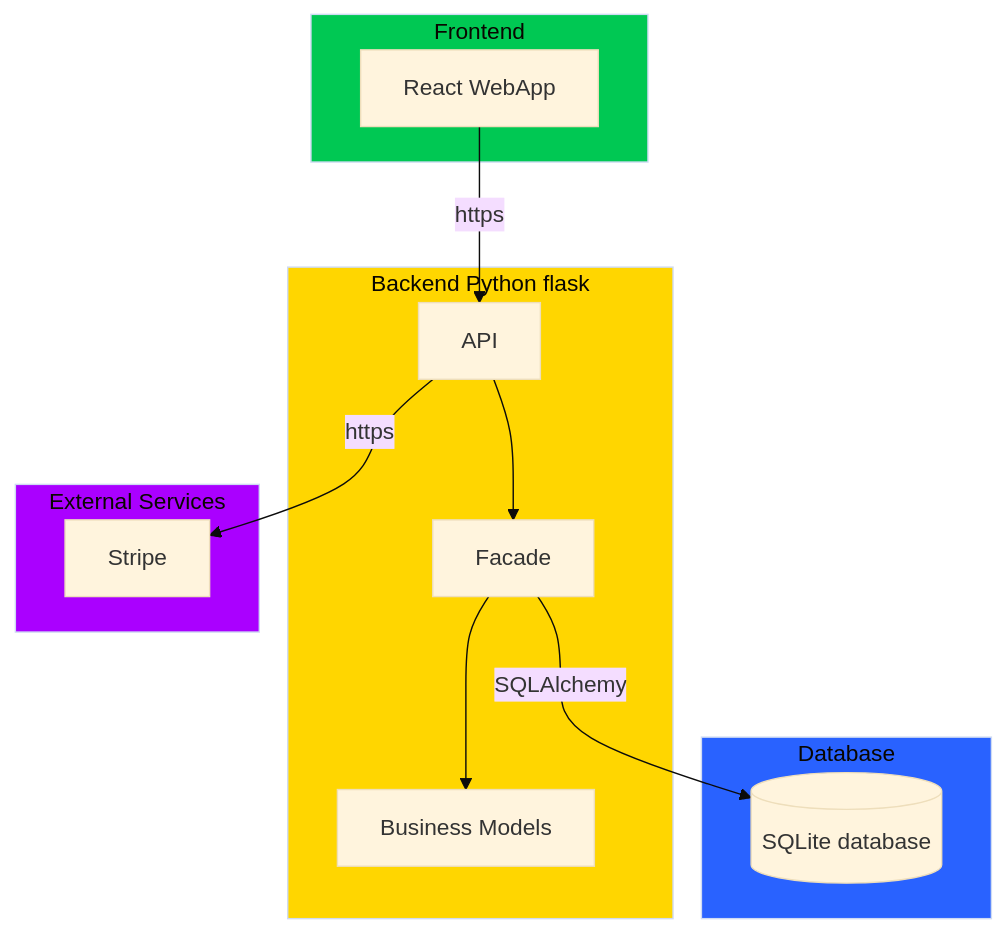
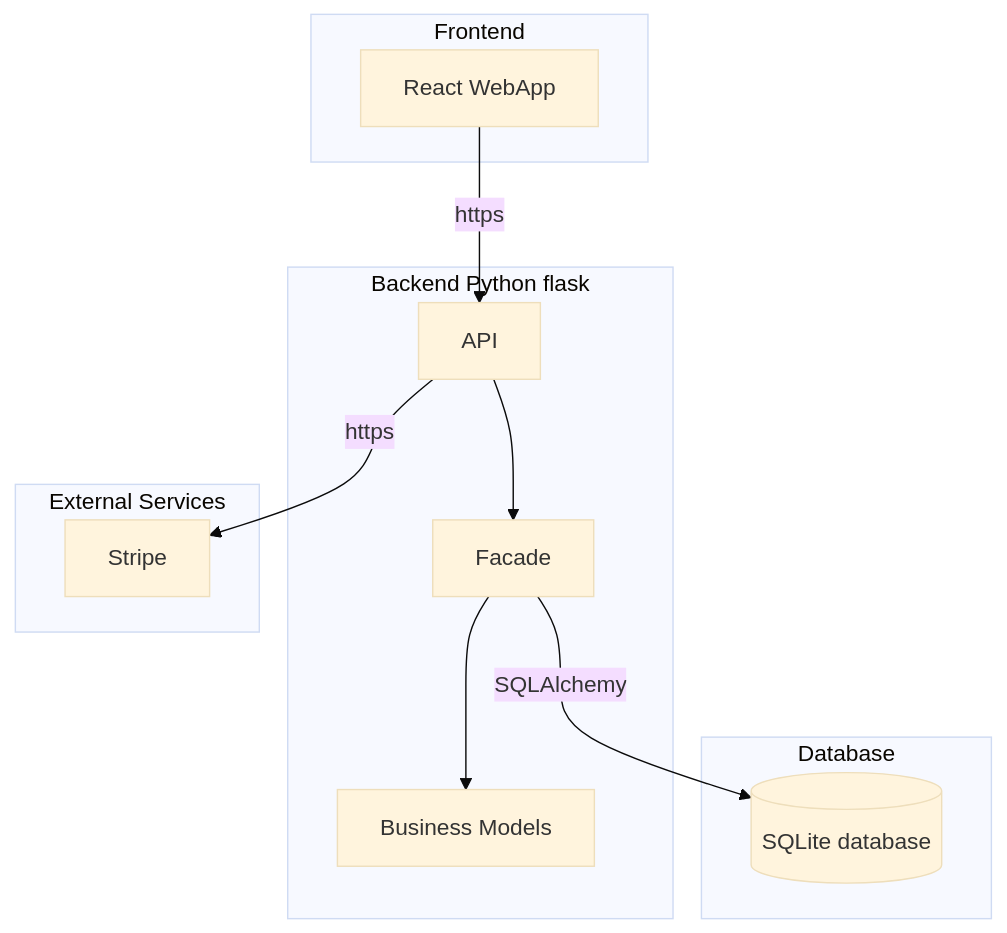
One commit to ylabate/Portfolio-Project changed the diagram in Technical Documentation(Stage 3).md. Above: the diagram before and after it, drawn with Mermaid (base theme).

Commit message:
test: removed all color from technical doc

````diff
--- a/Technical Documentation(Stage 3).md
+++ b/Technical Documentation(Stage 3).md
@@ -50,27 +50,24 @@
 ```mermaid
 flowchart TB
  subgraph frontend["Frontend"]
         webapp["React WebApp"]
   end
  subgraph backend["Backend Python flask"]
         api["API"]
         Facade["Facade"]
         Models["Business Models"]
   end
  subgraph database["Database"]
         sqlite[("SQLite database")]
   end
  subgraph external["External Services"]
         stripe["Stripe"]
   end
     webapp -- https --> api
     api --> Facade
     api -- https --> stripe
     Facade --> Models
     Facade -- SQLAlchemy --> sqlite
 
-    style database fill:#2962FF
-    style frontend fill:#00C853
-    style backend fill:#FFD600
-    style external fill:#AA00FF
+
 ```
````
